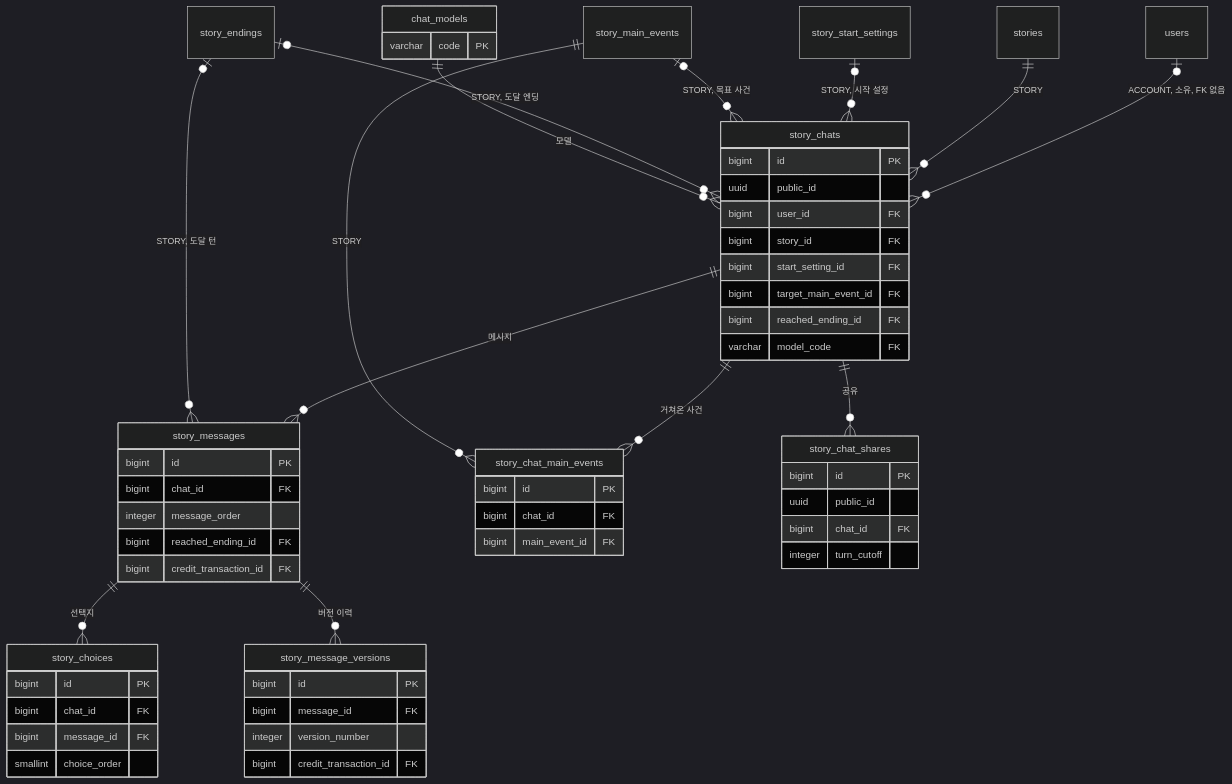
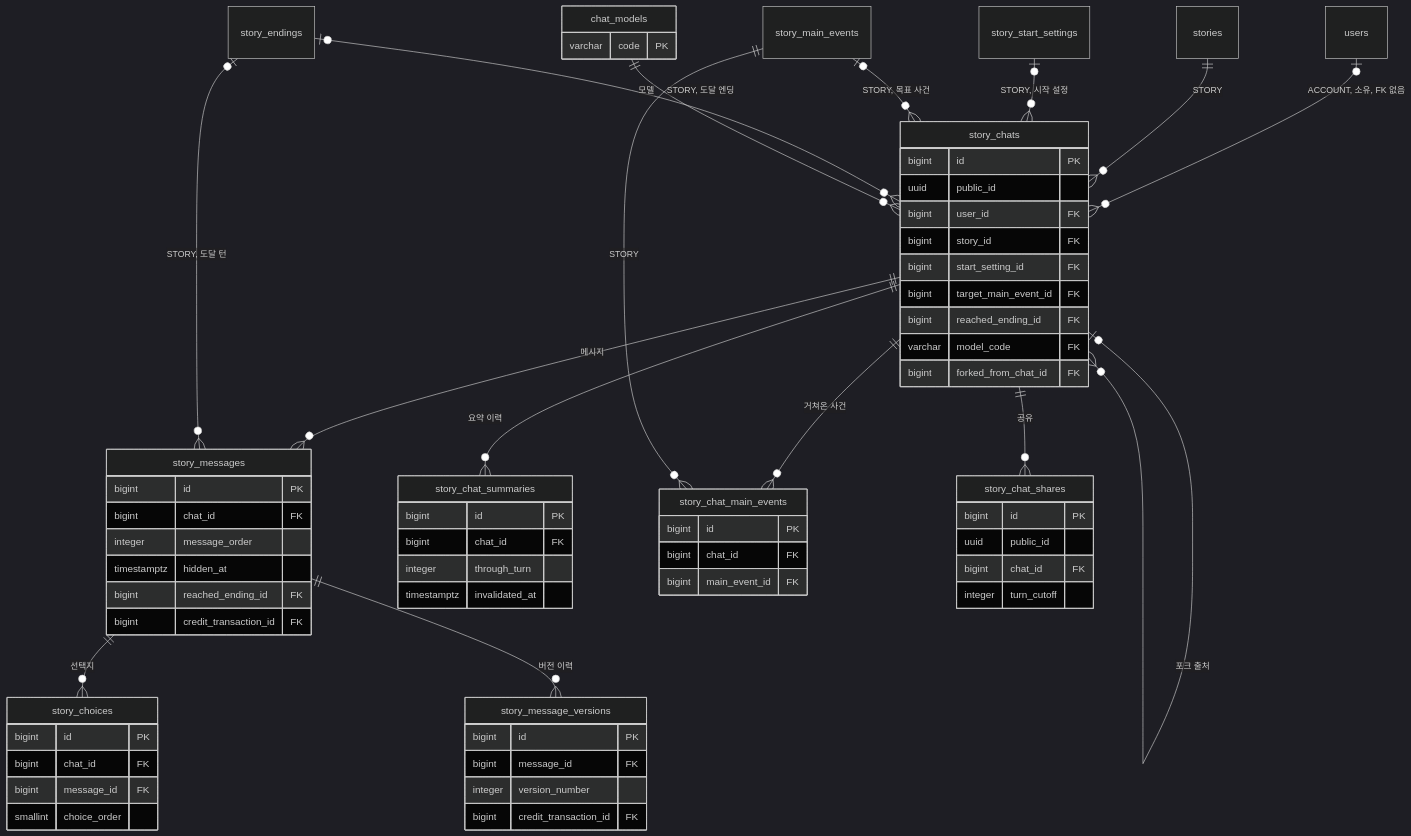
The first of 2 diagrams in docs/domain/CHAT/BACKEND/3-2-DB-SCHEMA.md (KIM-N-KANG/knk-harness), drawn with Mermaid (dark theme) before and after one commit. The commit also changed other lines of this file and 21 other files, not shown here.

````diff
--- a/docs/domain/CHAT/BACKEND/3-2-DB-SCHEMA.md
+++ b/docs/domain/CHAT/BACKEND/3-2-DB-SCHEMA.md
@@ -31,59 +31,69 @@
 ```mermaid
 erDiagram
     users |o--o{ story_chats : "ACCOUNT, 소유, FK 없음"
     stories ||--o{ story_chats : "STORY"
     story_start_settings |o--o{ story_chats : "STORY, 시작 설정"
     story_chats ||--o{ story_messages : "메시지"
     story_messages ||--o{ story_choices : "선택지"
     story_messages ||--o{ story_message_versions : "버전 이력"
+    story_chats ||--o{ story_chat_summaries : "요약 이력"
+    story_chats |o--o{ story_chats : "포크 출처"
     story_chats ||--o{ story_chat_main_events : "거쳐온 사건"
     story_main_events ||--o{ story_chat_main_events : "STORY"
     story_main_events |o--o{ story_chats : "STORY, 목표 사건"
     story_endings |o--o{ story_chats : "STORY, 도달 엔딩"
     story_endings |o--o{ story_messages : "STORY, 도달 턴"
     story_chats ||--o{ story_chat_shares : "공유"
     chat_models ||--o{ story_chats : "모델"
     story_chats {
         bigint id PK
         uuid public_id
         bigint user_id FK
         bigint story_id FK
         bigint start_setting_id FK
         bigint target_main_event_id FK
         bigint reached_ending_id FK
         varchar model_code FK
+        bigint forked_from_chat_id FK
+    }
+    story_chat_summaries {
+        bigint id PK
+        bigint chat_id FK
+        integer through_turn
+        timestamptz invalidated_at
     }
     chat_models {
         varchar code PK
     }
     story_messages {
         bigint id PK
         bigint chat_id FK
         integer message_order
+        timestamptz hidden_at
         bigint reached_ending_id FK
         bigint credit_transaction_id FK
     }
     story_choices {
         bigint id PK
         bigint chat_id FK
         bigint message_id FK
         smallint choice_order
     }
     story_message_versions {
         bigint id PK
         bigint message_id FK
         integer version_number
         bigint credit_transaction_id FK
     }
     story_chat_main_events {
         bigint id PK
         bigint chat_id FK
         bigint main_event_id FK
     }
     story_chat_shares {
         bigint id PK
         uuid public_id
         bigint chat_id FK
         integer turn_cutoff
     }
 ```
````
